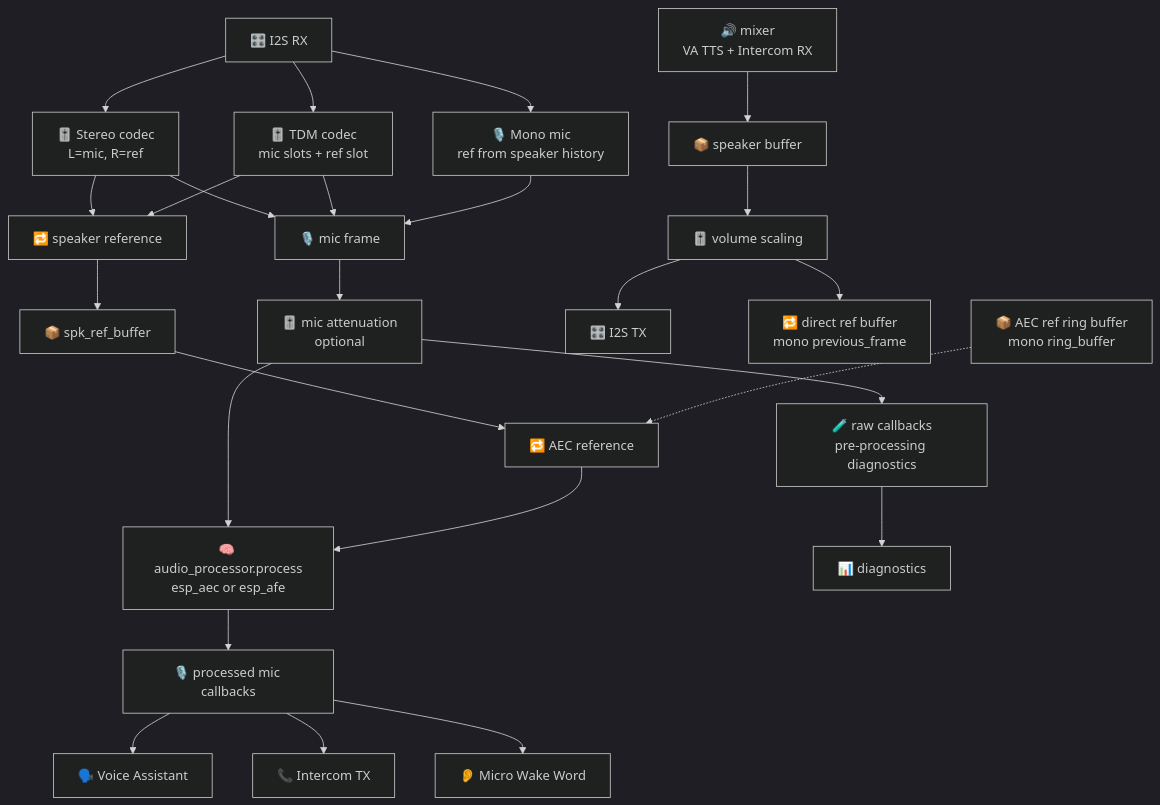
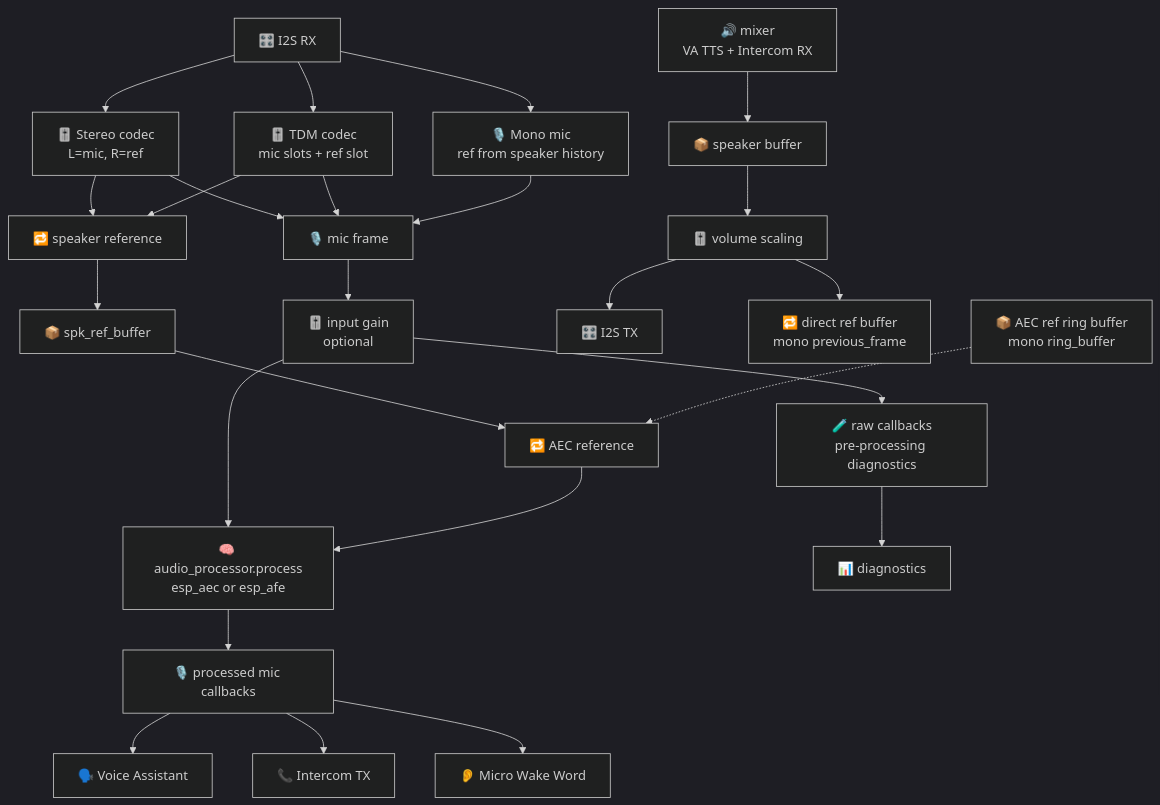
Before and after one commit to csfrussa/esphome-intercom: the diagram in esphome/components/esp_audio_stack/README.md, drawn with Mermaid (dark theme). The commit also changed other lines of this file and 37 other files, not shown here.

````diff
--- a/esphome/components/esp_audio_stack/README.md
+++ b/esphome/components/esp_audio_stack/README.md
@@ -41,33 +41,33 @@
 ```mermaid
 flowchart TD
     RX["🎛️ I2S RX"] --> Stereo["🎚️ Stereo codec<br/>L=mic, R=ref"]
     RX --> TDM["🎚️ TDM codec<br/>mic slots + ref slot"]
     RX --> Mono["🎙️ Mono mic<br/>ref from speaker history"]
 
     Stereo --> Mic["🎙️ mic frame"]
     Stereo --> Ref["🔁 speaker reference"]
     TDM --> Mic
     TDM --> Ref
     Mono --> Mic
 
-    Mic --> Atten["🎚️ mic attenuation<br/>optional"]
+    Mic --> Atten["🎚️ input gain<br/>optional"]
     Atten --> Raw["🧪 raw callbacks<br/>pre-processing diagnostics"]
     Atten --> Processor["🧠 audio_processor.process<br/>esp_aec or esp_afe"]
 
     Ref --> RefBuf["📦 spk_ref_buffer"]
     RefBuf --> AecRef["🔁 AEC reference"]
     AecRef --> Processor
 
     Raw --> Diag["📊 diagnostics"]
 
     Processor --> Post["🎙️ processed mic callbacks"]
     Post --> VA["🗣️ Voice Assistant"]
     Post --> ICT["📞 Intercom TX"]
     Post --> MWW["👂 Micro Wake Word"]
 
     Mixer["🔊 mixer<br/>VA TTS + Intercom RX"] --> SPK["📦 speaker buffer"]
     SPK --> VOL["🎚️ volume scaling"]
     VOL --> TX["🎛️ I2S TX"]
     VOL --> DirectRef["🔁 direct ref buffer<br/>mono previous_frame"]
     RingBuf["📦 AEC ref ring buffer<br/>mono ring_buffer"] -.-> AecRef
 ```
````
